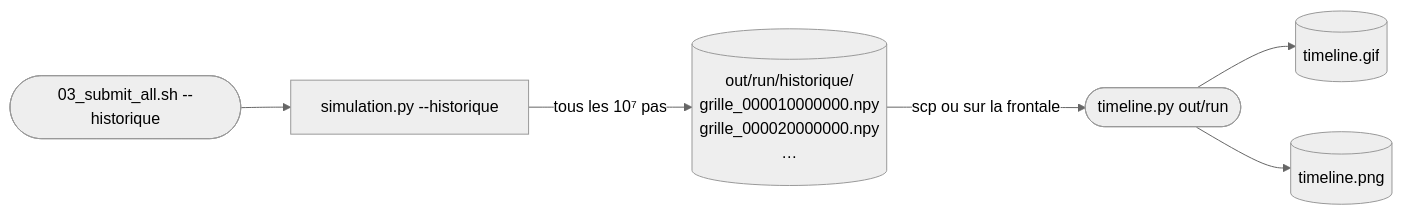
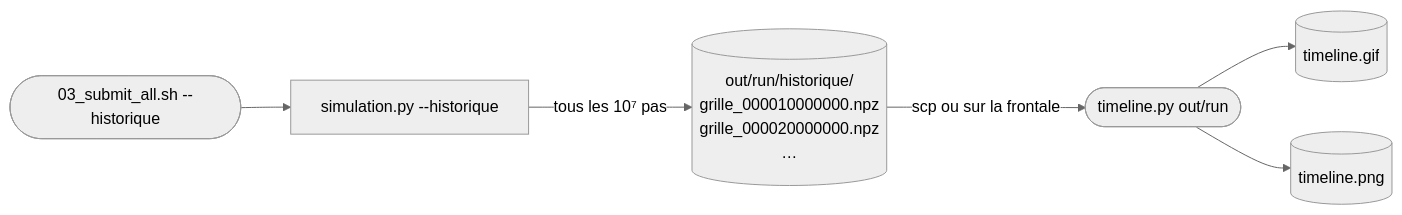
The second of 2 diagrams in slurm_pipeline/doc/exemple.md (Spc-Marcus/BIO-DYN-projet), drawn with Mermaid (neutral theme) before and after one commit. The commit also changed other lines of this file and 3 other files, not shown here.

````diff
--- a/slurm_pipeline/doc/exemple.md
+++ b/slurm_pipeline/doc/exemple.md
@@ -264,8 +264,8 @@
 ```mermaid
 flowchart LR
     S(["03_submit_all.sh --historique"]) --> SIM["simulation.py --historique"]
-    SIM -->|"tous les 10⁷ pas"| H[("out/run/historique/<br/>grille_000010000000.npy<br/>grille_000020000000.npy<br/>…")]
+    SIM -->|"tous les 10⁷ pas"| H[("out/run/historique/<br/>grille_000010000000.npz<br/>grille_000020000000.npz<br/>…")]
     H -->|"scp ou sur la frontale"| TL(["timeline.py out/run"])
     TL --> G[("timeline.gif")]
     TL --> P[("timeline.png")]
 ```
````
